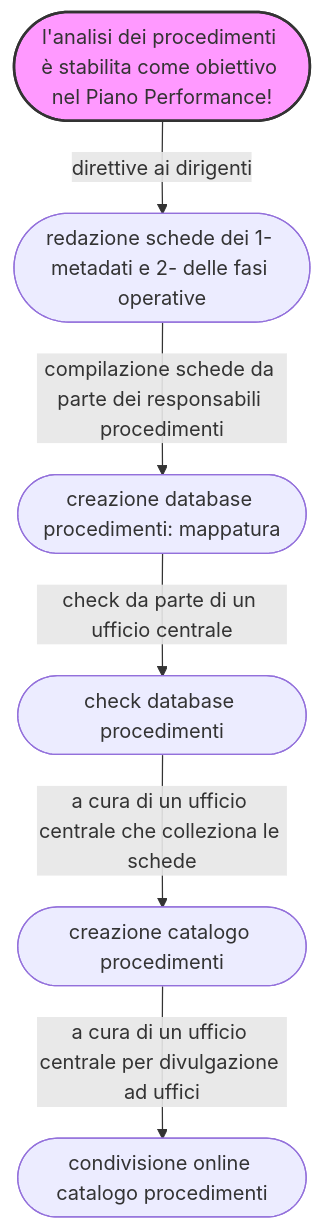
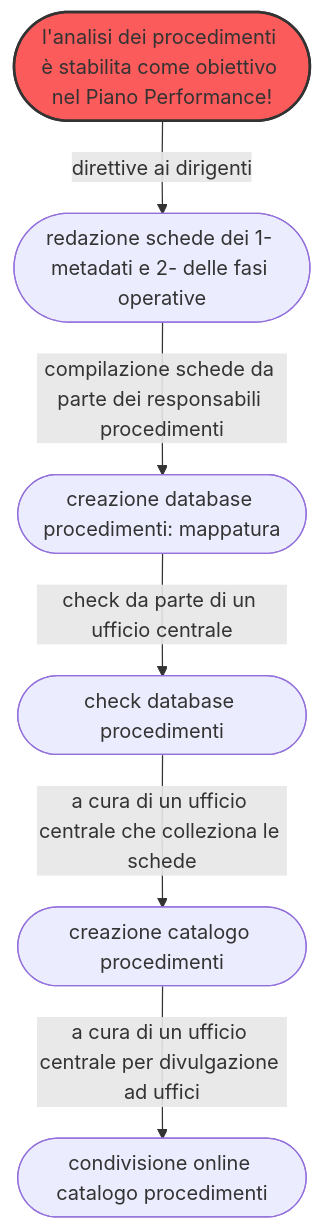
The diagram in docs/index.md (UO-TransizioneDigitaleComunePalermo/mappatura-procedimenti-amministrativi), drawn with Mermaid before and after one commit. The commit also changed other lines of this file, not shown here.

````diff
--- a/docs/index.md
+++ b/docs/index.md
@@ -21,9 +21,9 @@
 ``` mermaid
 graph TD
 A([l'analisi dei procedimenti è stabilita come obiettivo nel Piano Performance!]) -->|direttive ai dirigenti| B([redazione schede dei 1- metadati e 2- delle fasi operative])
 B -->|compilazione schede da parte dei responsabili procedimenti| C([creazione database procedimenti: mappatura]) 
 C -->|check da parte di un ufficio centrale| D([check database procedimenti]) 
 D -->|a cura di un ufficio centrale che colleziona le schede| E([creazione catalogo procedimenti]) 
 E -->|a cura di un ufficio centrale per divulgazione ad uffici| F([condivisione online catalogo procedimenti])
-style A fill:#f9f,stroke:#333,stroke-width:2px
+style A fill:#fc5b5b,stroke:#333,stroke-width:2px  
 ```
````
